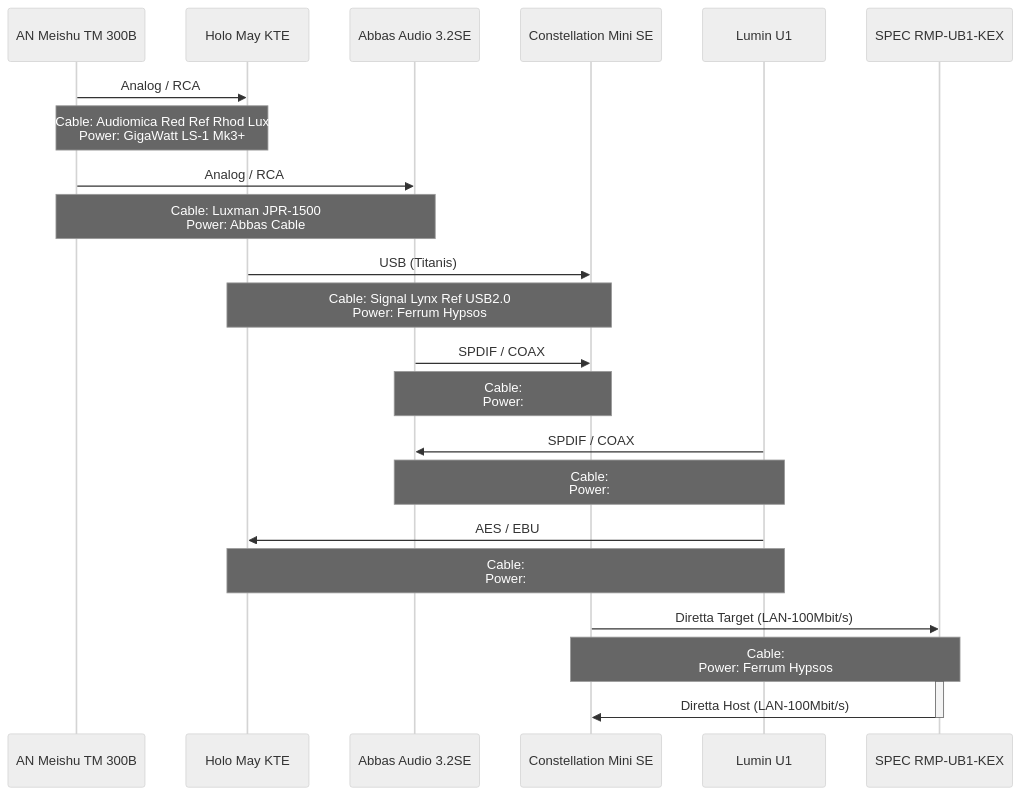
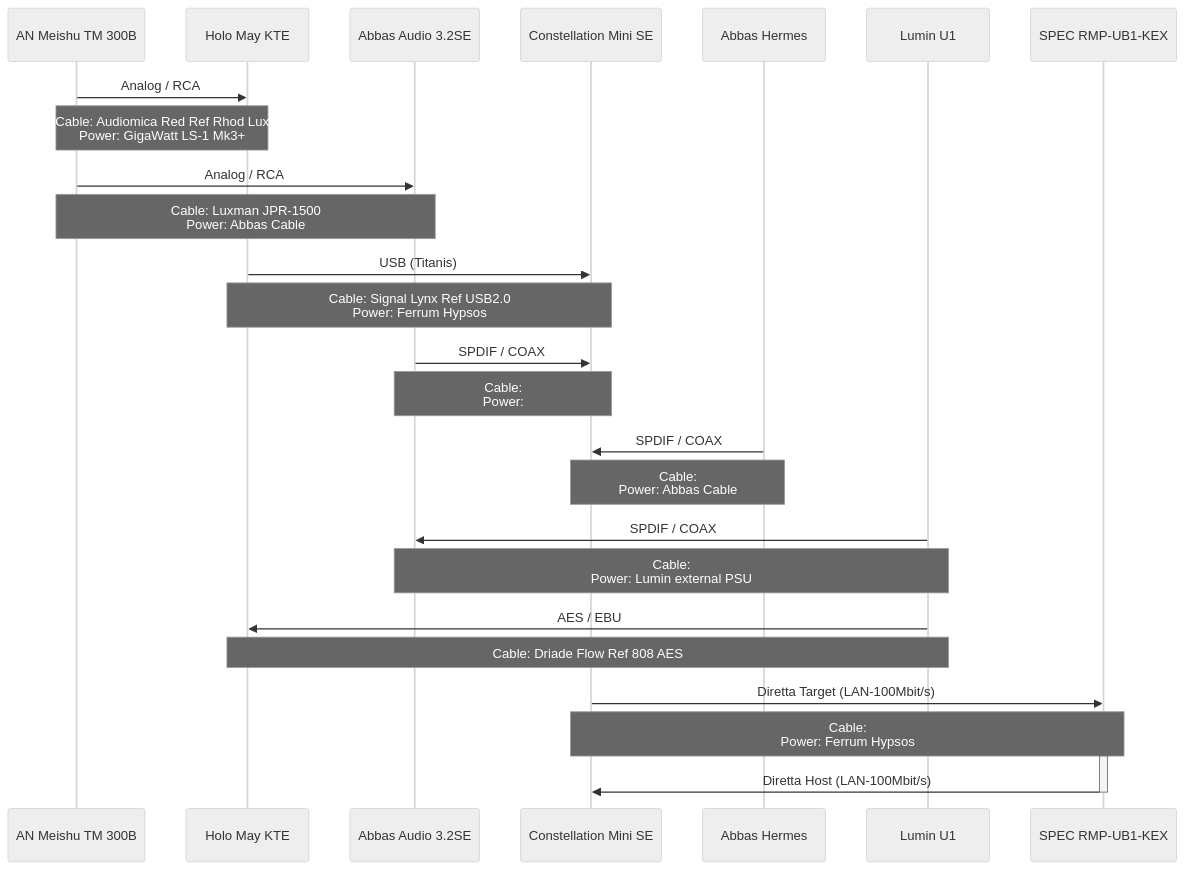
One commit to geraldfehringer/diretta changed the first of 2 diagrams in gerihifi-setup.md. Above: the diagram before and after it, drawn with Mermaid (neutral theme).

````diff
--- a/gerihifi-setup.md
+++ b/gerihifi-setup.md
@@ -22,20 +22,22 @@
 ```mermaid
 sequenceDiagram
     AN Meishu TM 300B->>Holo May KTE: Analog / RCA
     Note over AN Meishu TM 300B,Holo May KTE: Cable: Audiomica Red Ref Rhod Lux<br> Power: GigaWatt LS-1 Mk3+
     AN Meishu TM 300B->>Abbas Audio 3.2SE: Analog / RCA
     Note over AN Meishu TM 300B,Abbas Audio 3.2SE: Cable: Luxman JPR-1500<br> Power: Abbas Cable
     Holo May KTE->>Constellation Mini SE: USB (Titanis)
     Note over Constellation Mini SE,Holo May KTE: Cable: Signal Lynx Ref USB2.0<br> Power: Ferrum Hypsos
     Abbas Audio 3.2SE->>Constellation Mini SE: SPDIF / COAX
     Note over Constellation Mini SE,Abbas Audio 3.2SE: Cable: <br> Power:
+    Abbas Hermes->>Constellation Mini SE: SPDIF / COAX
+    Note over Constellation Mini SE,Abbas Hermes: Cable: <br> Power: Abbas Cable
     Lumin U1->>Abbas Audio 3.2SE: SPDIF / COAX
-    Note over Abbas Audio 3.2SE,Lumin U1: Cable: <br> Power:
+    Note over Abbas Audio 3.2SE,Lumin U1: Cable: <br> Power: Lumin external PSU
     Lumin U1->>Holo May KTE: AES / EBU
-    Note over Holo May KTE,Lumin U1: Cable: <br> Power:
+    Note over Holo May KTE,Lumin U1: Cable: Driade Flow Ref 808 AES
     Constellation Mini SE->>SPEC RMP-UB1-KEX: Diretta Target (LAN-100Mbit/s)
     Note over SPEC RMP-UB1-KEX,Constellation Mini SE: Cable: <br> Power: Ferrum Hypsos
     activate SPEC RMP-UB1-KEX
     SPEC RMP-UB1-KEX->>Constellation Mini SE: Diretta Host (LAN-100Mbit/s)
     deactivate SPEC RMP-UB1-KEX
 ```
````
